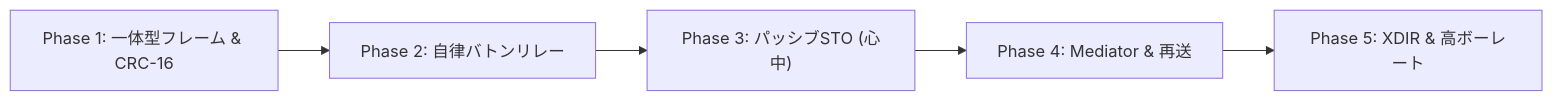
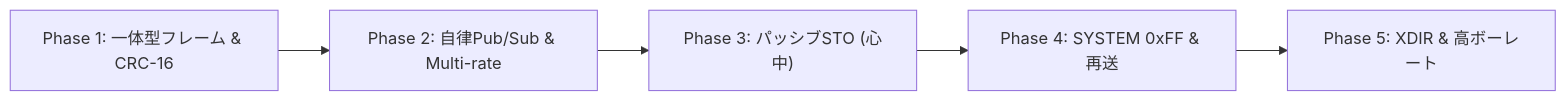
Before and after one commit to Masafuro/ADX: the diagram in firmware/tests/ADX_Core-D/DROP/PLAN/README.md, drawn with Mermaid. The commit also changed other lines of this file and 33 other files, not shown here.

````diff
--- a/firmware/tests/ADX_Core-D/DROP/PLAN/README.md
+++ b/firmware/tests/ADX_Core-D/DROP/PLAN/README.md
@@ -23,7 +25,7 @@
 ```mermaid
 flowchart LR
-    P1["Phase 1: 一体型フレーム & CRC-16"] --> P2["Phase 2: 自律バトンリレー"]
+    P1["Phase 1: 一体型フレーム & CRC-16"] --> P2["Phase 2: 自律Pub/Sub & Multi-rate"]
     P2 --> P3["Phase 3: パッシブSTO (心中)"]
-    P3 --> P4["Phase 4: Mediator & 再送"]
+    P3 --> P4["Phase 4: SYSTEM 0xFF & 再送"]
     P4 --> P5["Phase 5: XDIR & 高ボーレート"]
 ```
````
